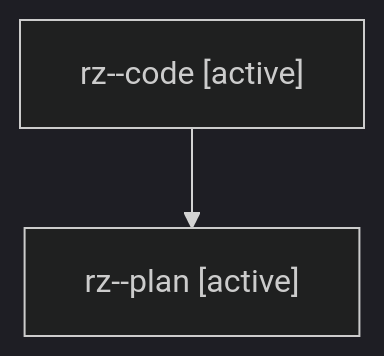
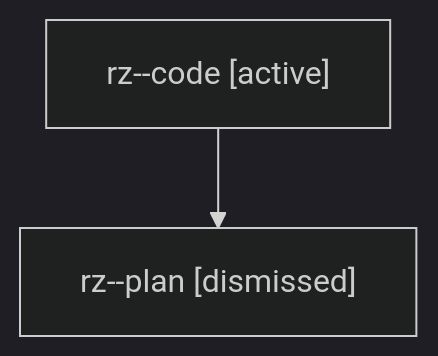
Before and after one commit to sase-org/sase--agents: the diagram in sessions/bbugyi200.athena.rz.md, drawn with Mermaid (dark theme). The commit also changed other lines of this file and 15 other files, not shown here.

````diff
--- a/sessions/bbugyi200.athena.rz.md
+++ b/sessions/bbugyi200.athena.rz.md
@@ -9,6 +9,6 @@
 ```mermaid
 flowchart TD
   n0["rz--code [active]"]
-  n1["rz--plan [active]"]
+  n1["rz--plan [dismissed]"]
   n0 --> n1
 ```
````
